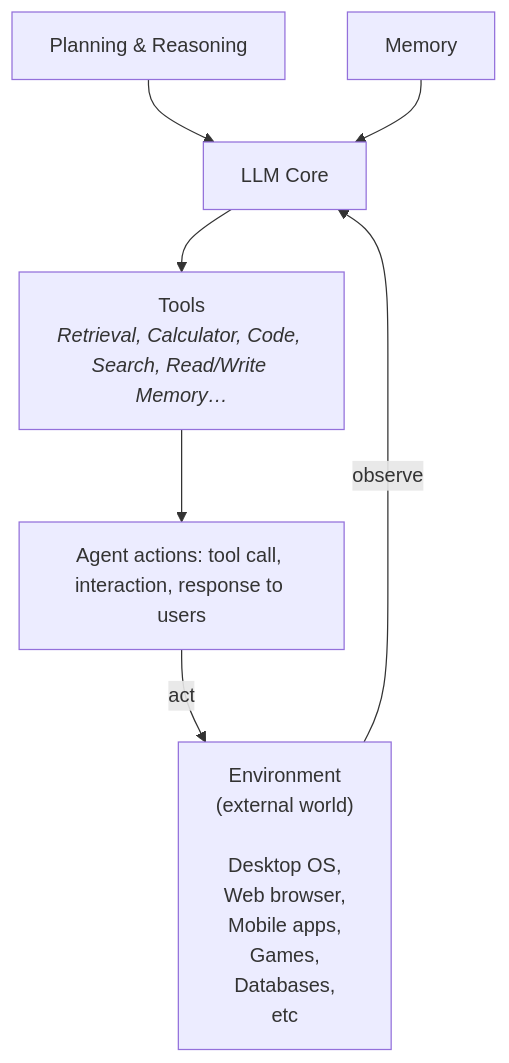
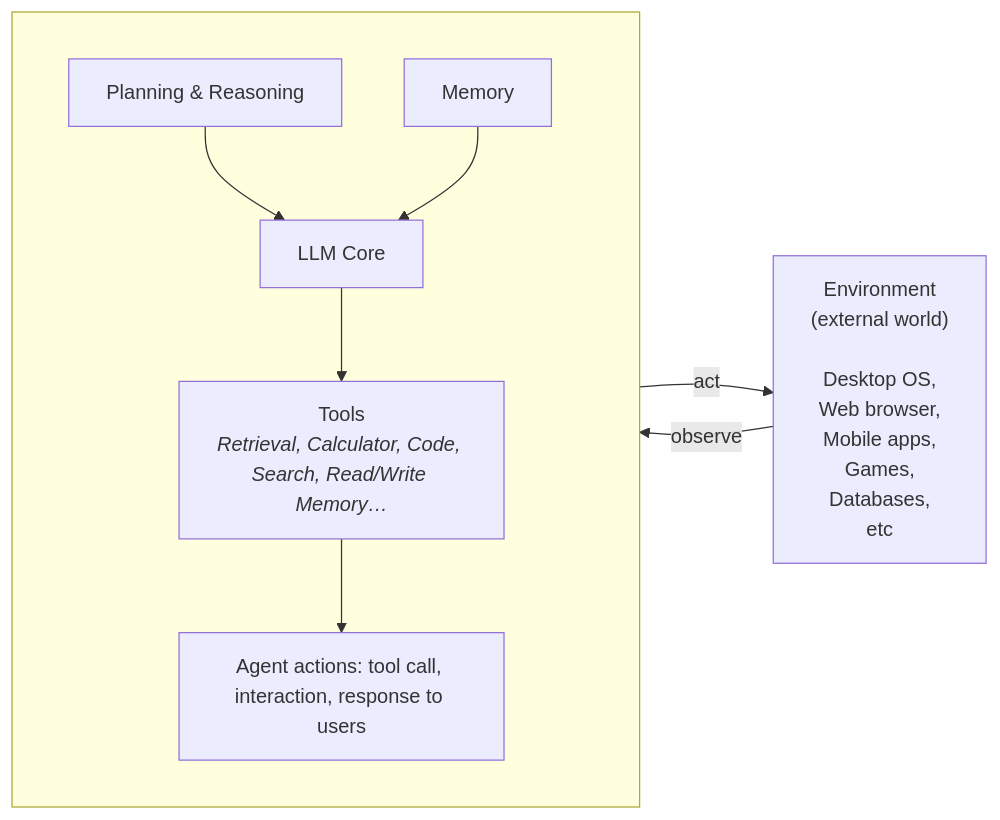
The diagram in courses/cs329z-engineering-ai-agents/01-foundations-and-landscape.md (ssardana08/learnings), drawn with Mermaid before and after one commit.

Commit message:
Place environment on the right in agent diagram

````diff
--- a/courses/cs329z-engineering-ai-agents/01-foundations-and-landscape.md
+++ b/courses/cs329z-engineering-ai-agents/01-foundations-and-landscape.md
@@ -18,9 +18,12 @@
 ```mermaid
-flowchart TD
-    P["Planning & Reasoning"] --> L["LLM Core"]
-    M["Memory"] --> L
-    L --> T["Tools<br/><i>Retrieval, Calculator, Code, Search, Read/Write Memory…</i>"]
-    T --> A["Agent actions: tool call, interaction, response to users"]
+flowchart LR
+    subgraph core[" "]
+        direction TB
+        P["Planning & Reasoning"] --> L["LLM Core"]
+        M["Memory"] --> L
+        L --> T["Tools<br/><i>Retrieval, Calculator, Code, Search, Read/Write Memory…</i>"]
+        T --> A["Agent actions: tool call, interaction, response to users"]
+    end
     A -- act --> E["Environment<br/>(external world)<br/><br/>Desktop OS,<br/>Web browser,<br/>Mobile apps,<br/>Games,<br/>Databases,<br/>etc"]
     E -- observe --> L
 ```
````
